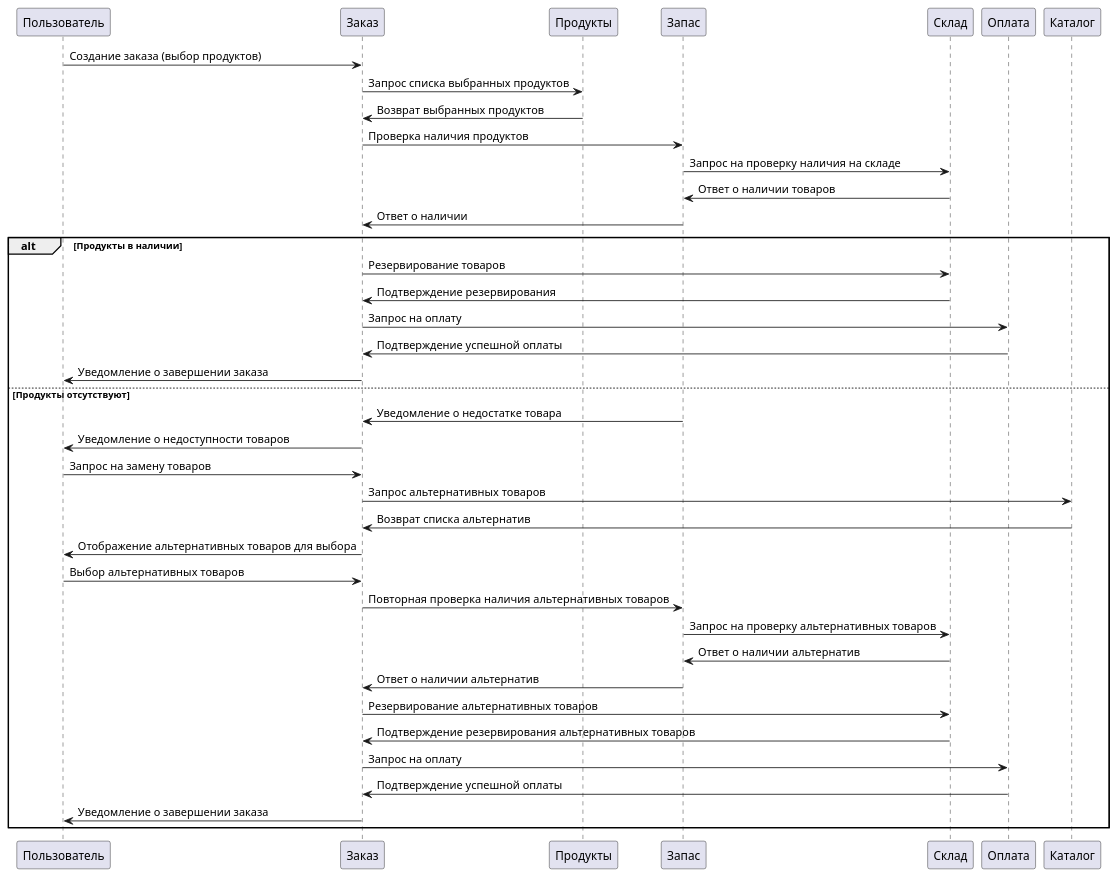
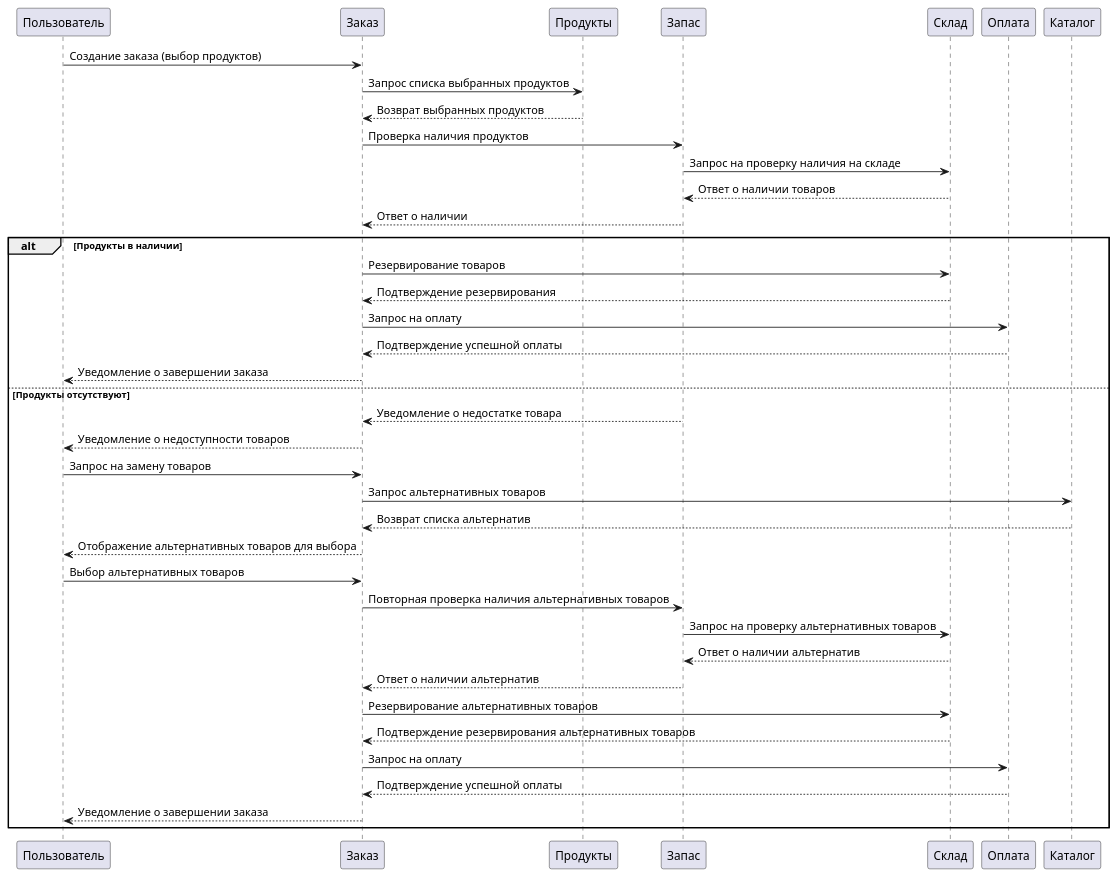
Before and after one commit to puchkova-va/Puchkova_analytics_practice: the diagram in task_3/Sequence.puml, drawn with PlantUML. The commit also changed 1 other file, not shown here.

```diff
--- a/task_3/Sequence.puml
+++ b/task_3/Sequence.puml
@@ -1,41 +1,41 @@
 @startuml
 
 Пользователь -> Заказ : Создание заказа (выбор продуктов)
 Заказ -> Продукты : Запрос списка выбранных продуктов
-Продукты -> Заказ : Возврат выбранных продуктов
+Продукты --> Заказ : Возврат выбранных продуктов
 
 Заказ -> Запас : Проверка наличия продуктов
 Запас -> Склад : Запрос на проверку наличия на складе
-Склад -> Запас : Ответ о наличии товаров
-Запас -> Заказ : Ответ о наличии
+Склад --> Запас : Ответ о наличии товаров
+Запас --> Заказ : Ответ о наличии
 
 alt Продукты в наличии
   Заказ -> Склад : Резервирование товаров
-  Склад -> Заказ : Подтверждение резервирования
+  Склад --> Заказ : Подтверждение резервирования
 
   Заказ -> Оплата : Запрос на оплату
-  Оплата -> Заказ : Подтверждение успешной оплаты
+  Оплата --> Заказ : Подтверждение успешной оплаты
 
-  Заказ -> Пользователь : Уведомление о завершении заказа
+  Заказ --> Пользователь : Уведомление о завершении заказа
 else Продукты отсутствуют
-  Запас -> Заказ : Уведомление о недостатке товара
-  Заказ -> Пользователь : Уведомление о недоступности товаров
+  Запас --> Заказ : Уведомление о недостатке товара
+  Заказ --> Пользователь : Уведомление о недоступности товаров
   Пользователь -> Заказ : Запрос на замену товаров
   Заказ -> Каталог : Запрос альтернативных товаров
-  Каталог -> Заказ : Возврат списка альтернатив
-  Заказ -> Пользователь : Отображение альтернативных товаров для выбора
+  Каталог --> Заказ : Возврат списка альтернатив
+  Заказ --> Пользователь : Отображение альтернативных товаров для выбора
   Пользователь -> Заказ : Выбор альтернативных товаров
   Заказ -> Запас : Повторная проверка наличия альтернативных товаров
   Запас -> Склад : Запрос на проверку альтернативных товаров
-  Склад -> Запас : Ответ о наличии альтернатив
-  Запас -> Заказ : Ответ о наличии альтернатив
+  Склад --> Запас : Ответ о наличии альтернатив
+  Запас --> Заказ : Ответ о наличии альтернатив
   Заказ -> Склад : Резервирование альтернативных товаров
-  Склад -> Заказ : Подтверждение резервирования альтернативных товаров
+  Склад --> Заказ : Подтверждение резервирования альтернативных товаров
 
   Заказ -> Оплата : Запрос на оплату
-  Оплата -> Заказ : Подтверждение успешной оплаты
+  Оплата --> Заказ : Подтверждение успешной оплаты
 
-  Заказ -> Пользователь : Уведомление о завершении заказа
+  Заказ --> Пользователь : Уведомление о завершении заказа
 end
 
 @enduml
```
